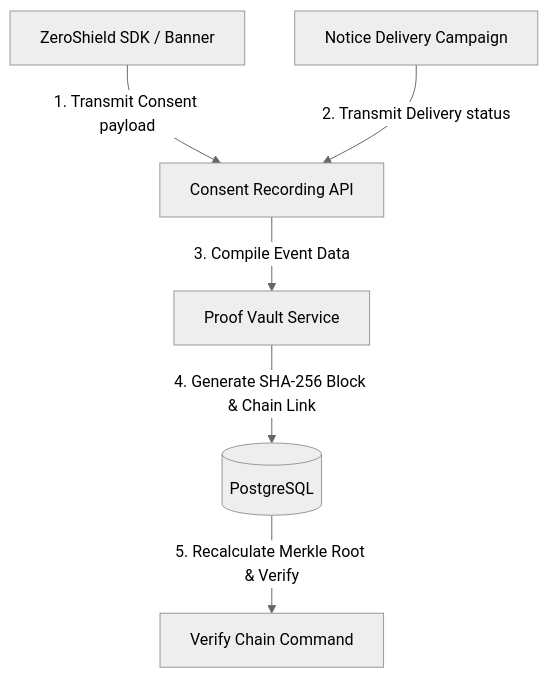
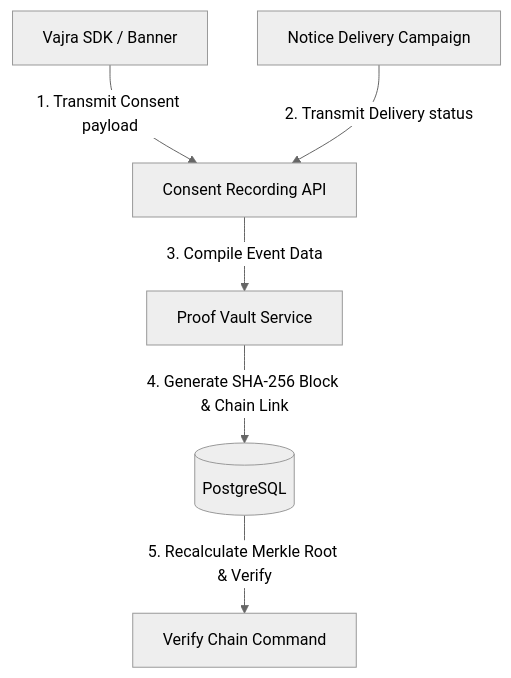
One commit to shreyv7/hack changed the first of 5 diagrams in docs/Consent Management/proof_vault.md. Above: the diagram before and after it, drawn with Mermaid (neutral theme). The commit also changed other lines of this file and 345 other files, not shown here.

````diff
--- a/docs/Consent Management/proof_vault.md
+++ b/docs/Consent Management/proof_vault.md
@@ -22,8 +22,8 @@
 ```mermaid
 graph TD
-    SDK[ZeroShield SDK / Banner] -->|1. Transmit Consent payload| Rec[Consent Recording API]
+    SDK[Vajra SDK / Banner] -->|1. Transmit Consent payload| Rec[Consent Recording API]
     Campaign[Notice Delivery Campaign] -->|2. Transmit Delivery status| Rec
     Rec -->|3. Compile Event Data| PV[Proof Vault Service]
     PV -->|4. Generate SHA-256 Block & Chain Link| DB[(PostgreSQL)]
     DB -->|5. Recalculate Merkle Root & Verify| Hash[Verify Chain Command]
 ```
````
